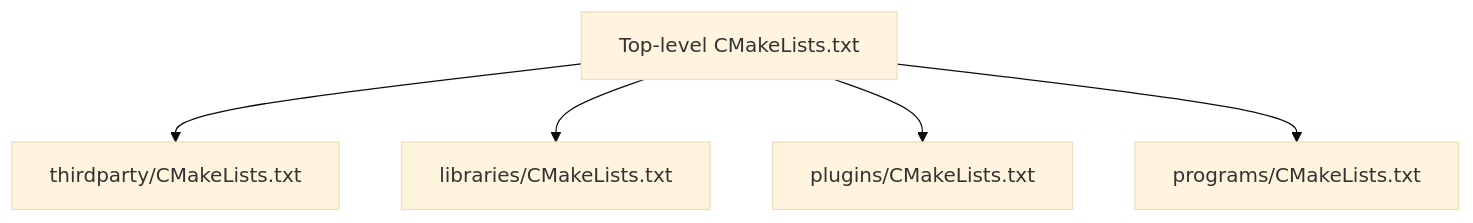
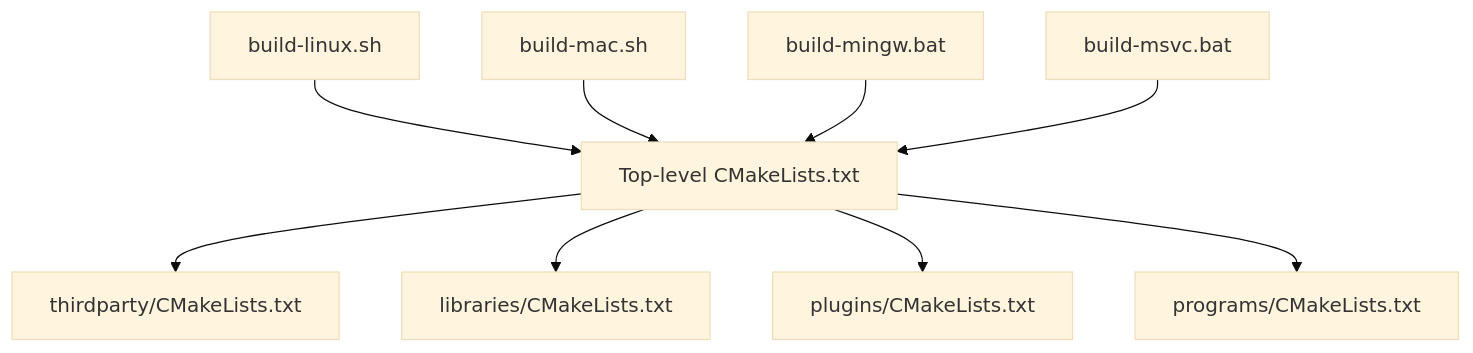
One commit to VIZ-Blockchain/viz-cpp-node changed the first of 7 diagrams in .qoder/repowiki/en/content/Development Tools/Build System/Build System.md. Above: the diagram before and after it, drawn with Mermaid (base theme). The commit also changed other lines of this file and 4 other files, not shown here.

````diff
--- a/.qoder/repowiki/en/content/Development Tools/Build System/Build System.md
+++ b/.qoder/repowiki/en/content/Development Tools/Build System/Build System.md
@@ -53,12 +58,20 @@
 ```mermaid
 graph TB
 Root["Top-level CMakeLists.txt"]
 TP["thirdparty/CMakeLists.txt"]
 LIB["libraries/CMakeLists.txt"]
 PLG["plugins/CMakeLists.txt"]
 PRG["programs/CMakeLists.txt"]
+Linux["build-linux.sh"]
+Mac["build-mac.sh"]
+MinGW["build-mingw.bat"]
+MSVC["build-msvc.bat"]
 Root --> TP
 Root --> LIB
 Root --> PLG
 Root --> PRG
+Linux --> Root
+Mac --> Root
+MinGW --> Root
+MSVC --> Root
 ```
````
